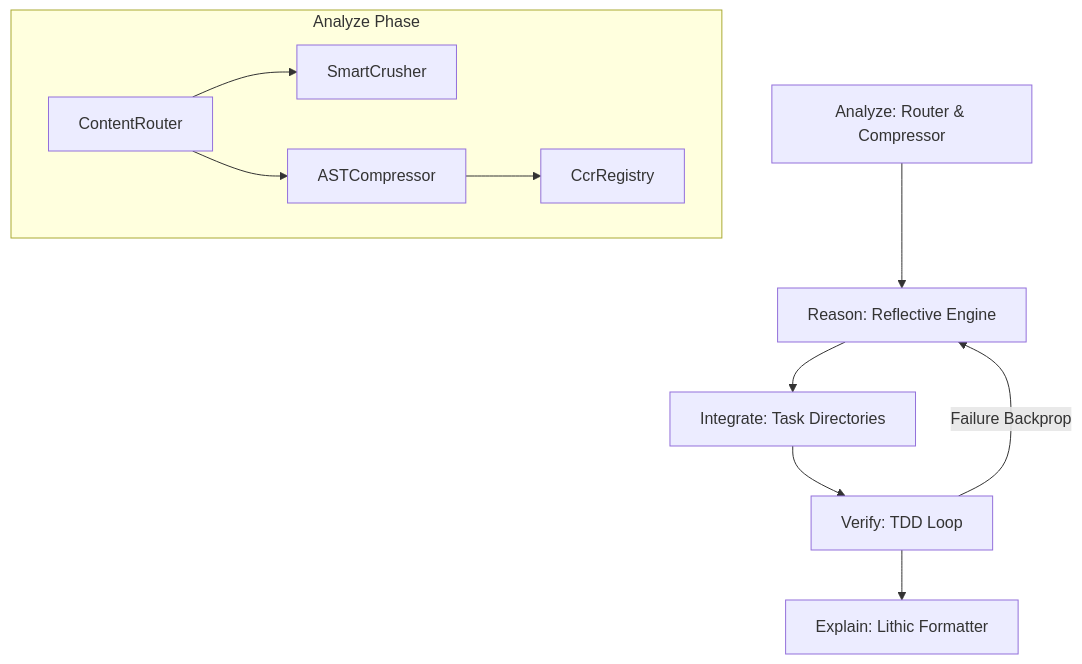
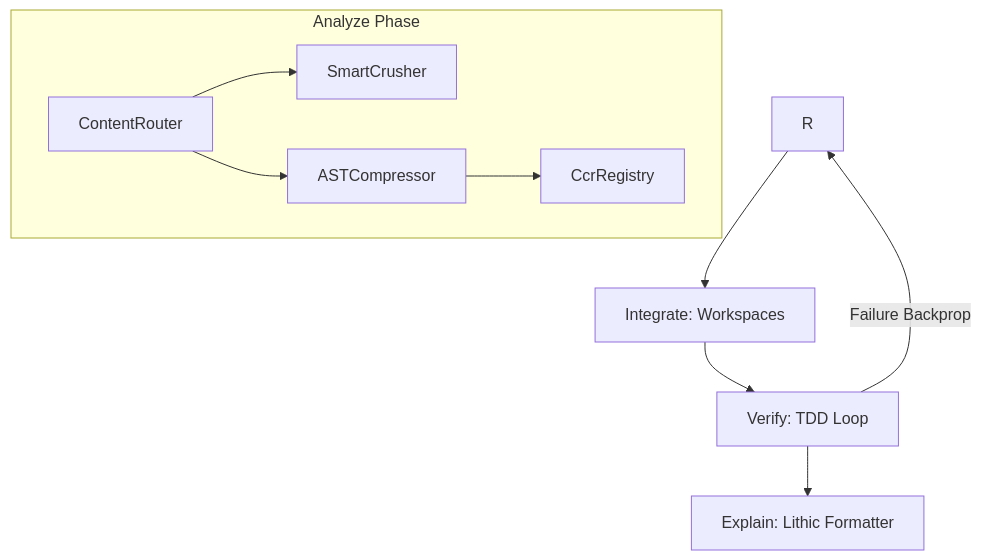
The diagram in README.md (sixtysixx/ARIVE), drawn with Mermaid before and after one commit. The commit also changed other lines of this file and 4 other files, not shown here.

````diff
--- a/README.md
+++ b/README.md
@@ -42,14 +41,13 @@
 ```mermaid
 graph TD
-    A[Analyze: Router & Compressor] --> R[Reason: Reflective Engine]
-    R --> I[Integrate: Task Directories]
+    R --> I[Integrate: Workspaces]
     I --> V[Verify: TDD Loop]
     V -- Failure Backprop --> R
     V --> E[Explain: Lithic Formatter]
 
     subgraph Analyze Phase
         ContentRouter --> SmartCrusher
         ContentRouter --> ASTCompressor
         ASTCompressor --> CcrRegistry
     end
 ```
````
